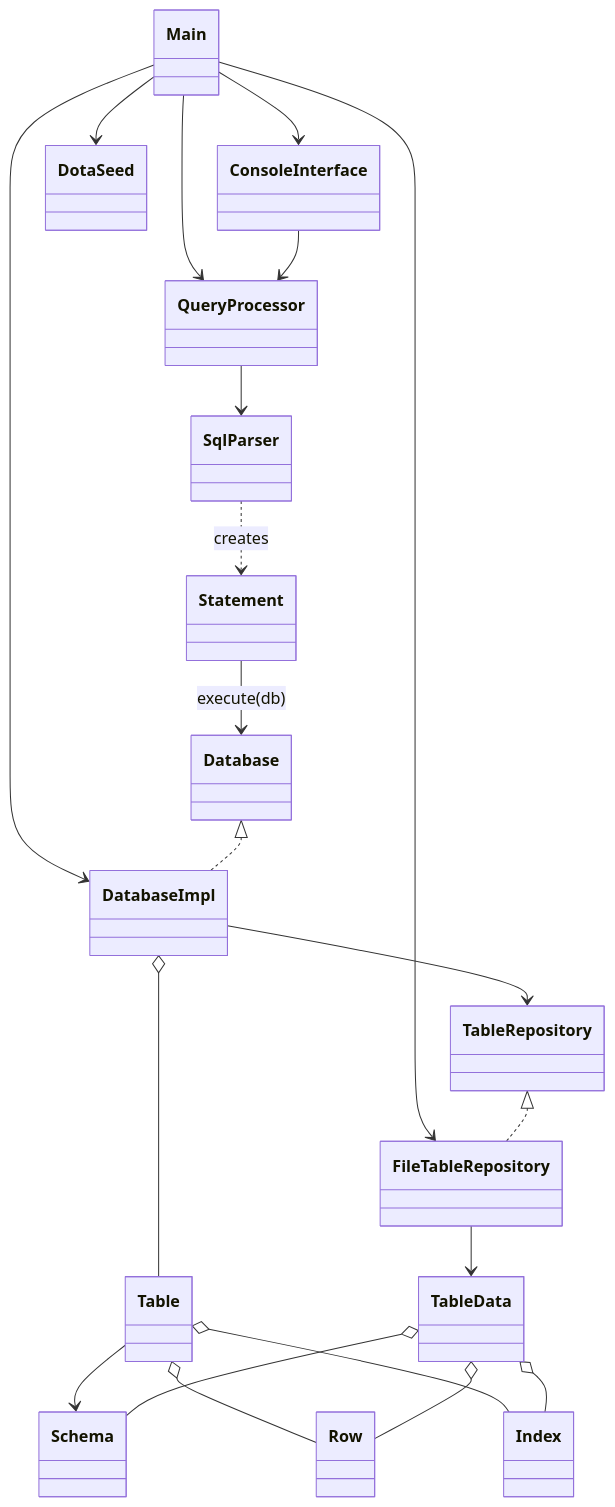
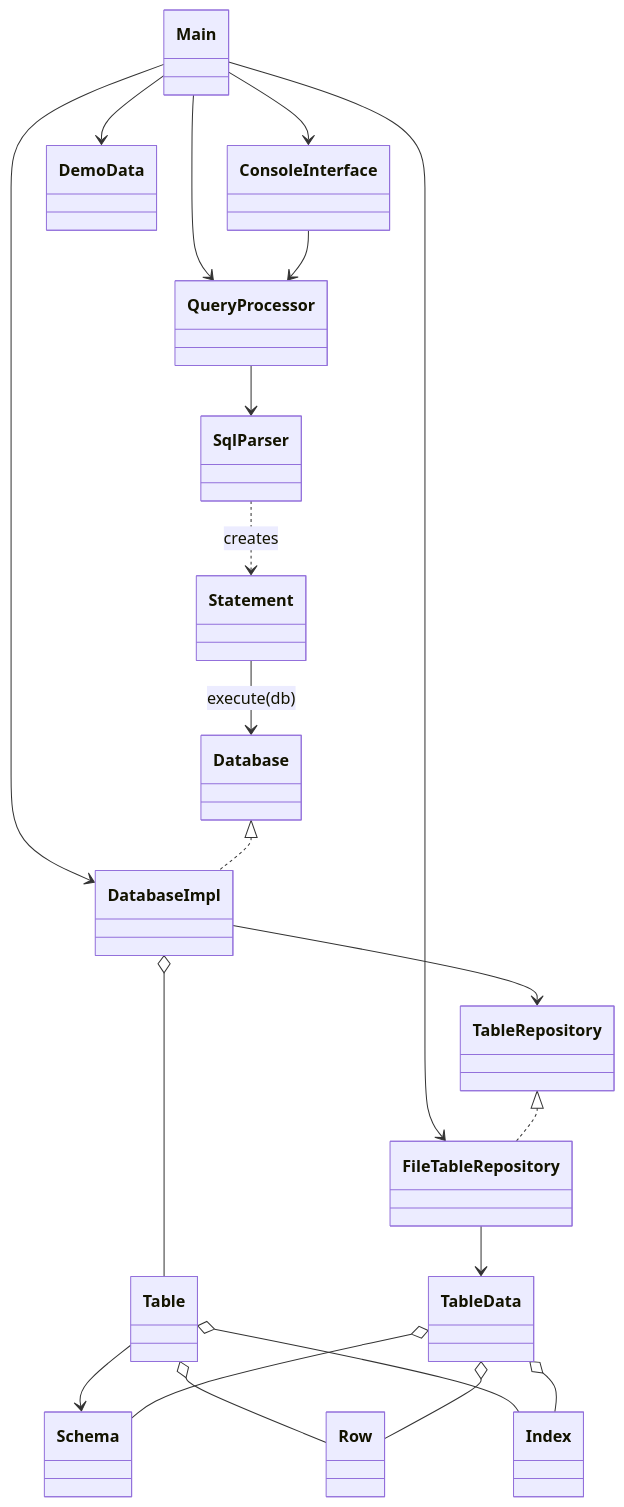
The first of 3 diagrams in README.md (nnneeekkkiiittt/java-lab-2), drawn with Mermaid before and after one commit. The commit also changed other lines of this file and 106 other files, not shown here.

````diff
--- a/README.md
+++ b/README.md
@@ -67,38 +65,38 @@
 ```mermaid
 classDiagram
     class Main
     class ConsoleInterface
     class QueryProcessor
     class SqlParser
     class Statement
     class Database
     class DatabaseImpl
     class Table
     class Schema
     class Row
     class Index
     class TableRepository
     class FileTableRepository
     class TableData
 
     Main --> DatabaseImpl
     Main --> FileTableRepository
-    Main --> DotaSeed
+    Main --> DemoData
     Main --> QueryProcessor
     Main --> ConsoleInterface
     ConsoleInterface --> QueryProcessor
     QueryProcessor --> SqlParser
     SqlParser ..> Statement : creates
     Statement --> Database : execute(db)
     Database <|.. DatabaseImpl
     DatabaseImpl o-- Table
     Table --> Schema
     Table o-- Row
     Table o-- Index
     DatabaseImpl --> TableRepository
     TableRepository <|.. FileTableRepository
     FileTableRepository --> TableData
     TableData o-- Schema
     TableData o-- Row
     TableData o-- Index
 ```
````
